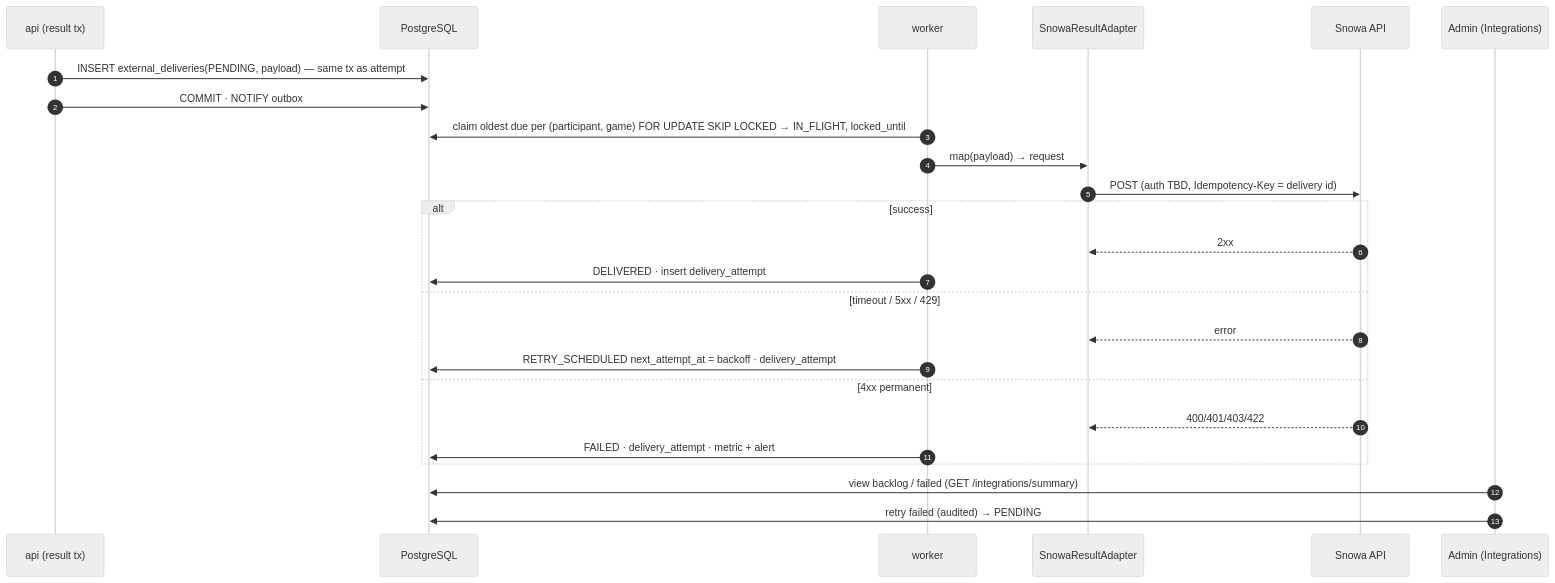
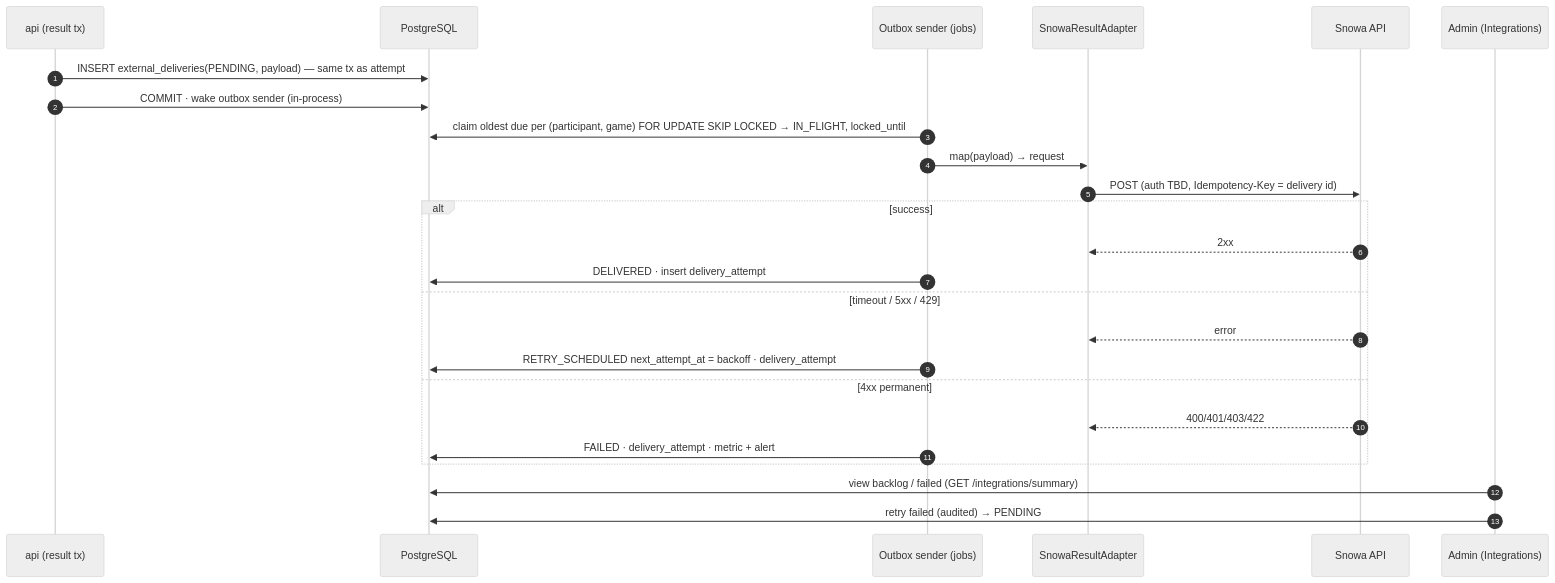
Before and after one commit to osameh15/Snowa-Exhibition-Game: the third of 3 diagrams in docs/04-api/08-external-snowa-adapter.md, drawn with Mermaid (neutral theme). The commit also changed other lines of this file and 61 other files, not shown here.

First line of the commit message:
docs: right-size secure exhibition architecture

````diff
--- a/docs/04-api/08-external-snowa-adapter.md
+++ b/docs/04-api/08-external-snowa-adapter.md
@@ -101,27 +101,27 @@
 ```mermaid
 sequenceDiagram
   autonumber
   participant API as api (result tx)
   participant DB as PostgreSQL
-  participant W as worker
+  participant W as Outbox sender (jobs)
   participant A as SnowaResultAdapter
   participant S as Snowa API
   participant OPS as Admin (Integrations)
   API->>DB: INSERT external_deliveries(PENDING, payload) — same tx as attempt
-  API->>DB: COMMIT · NOTIFY outbox
+  API->>DB: COMMIT · wake outbox sender (in-process)
   W->>DB: claim oldest due per (participant, game) FOR UPDATE SKIP LOCKED → IN_FLIGHT, locked_until
   W->>A: map(payload) → request
   A->>S: POST (auth TBD, Idempotency-Key = delivery id)
   alt success
     S-->>A: 2xx
     W->>DB: DELIVERED · insert delivery_attempt
   else timeout / 5xx / 429
     S-->>A: error
     W->>DB: RETRY_SCHEDULED next_attempt_at = backoff · delivery_attempt
   else 4xx permanent
     S-->>A: 400/401/403/422
     W->>DB: FAILED · delivery_attempt · metric + alert
   end
   OPS->>DB: view backlog / failed (GET /integrations/summary)
   OPS->>DB: retry failed (audited) → PENDING
 ```
````
